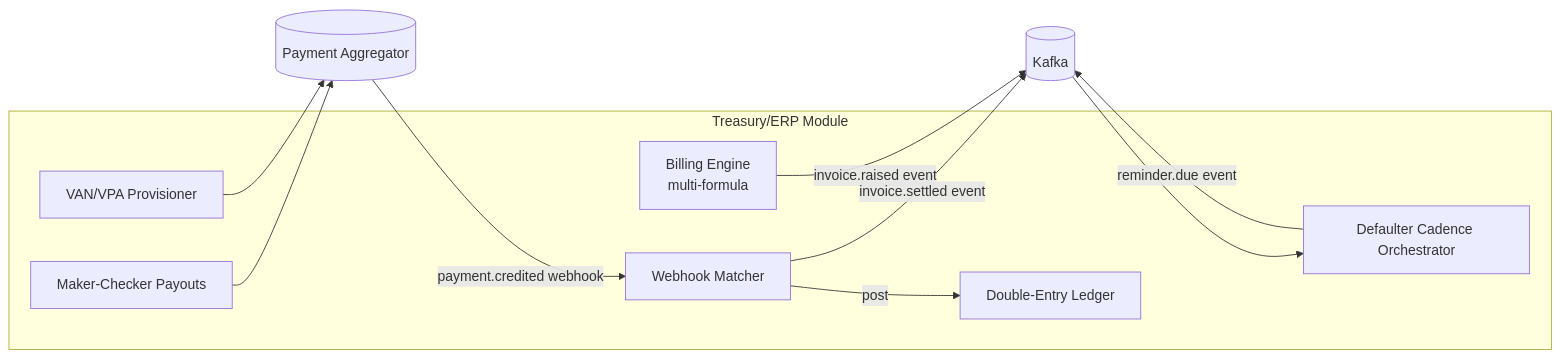
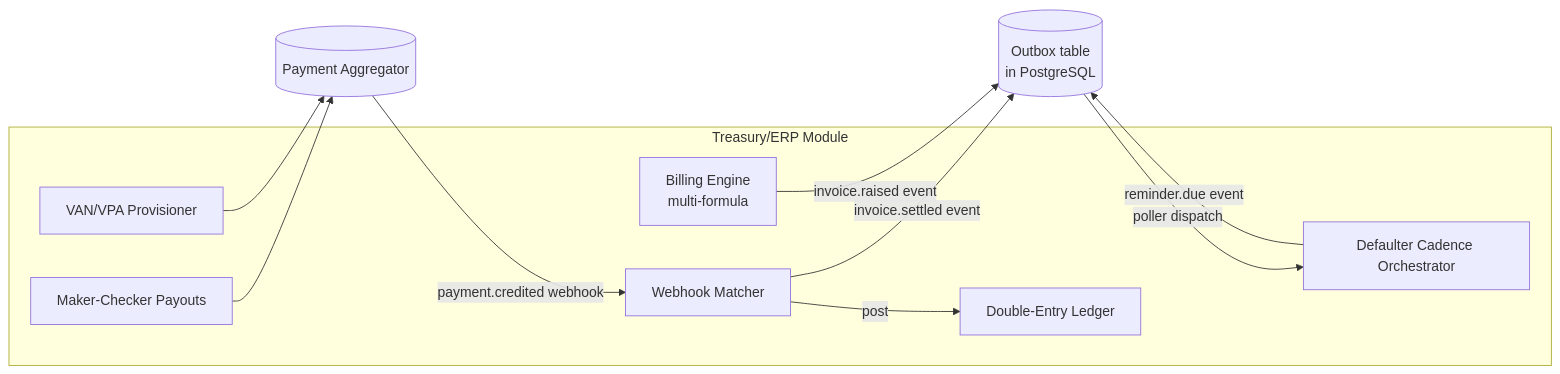
Before and after one commit to ayushrai007/Societix: the third of 5 diagrams in docs/01-architecture.md, drawn with Mermaid. The commit also changed other lines of this file and 23 other files, not shown here.

````diff
--- a/docs/01-architecture.md
+++ b/docs/01-architecture.md
@@ -99,19 +107,19 @@
 ```mermaid
 graph LR
     subgraph M1 [Treasury/ERP Module]
       BILL[Billing Engine<br/>multi-formula]
       VAN[VAN/VPA Provisioner]
       MATCH[Webhook Matcher]
       LEDGER[Double-Entry Ledger]
       CADENCE[Defaulter Cadence Orchestrator]
       PAYOUT[Maker-Checker Payouts]
     end
     PA[(Payment Aggregator)] -->|payment.credited webhook| MATCH
     MATCH -->|post| LEDGER
-    BILL -->|invoice.raised event| KAFKA[(Kafka)]
-    MATCH -->|invoice.settled event| KAFKA
-    KAFKA --> CADENCE
-    CADENCE -->|reminder.due event| KAFKA
+    BILL -->|invoice.raised event| OUTBOX[(Outbox table<br/>in PostgreSQL)]
+    MATCH -->|invoice.settled event| OUTBOX
+    OUTBOX -->|poller dispatch| CADENCE
+    CADENCE -->|reminder.due event| OUTBOX
     VAN --> PA
     PAYOUT --> PA
 ```
````
